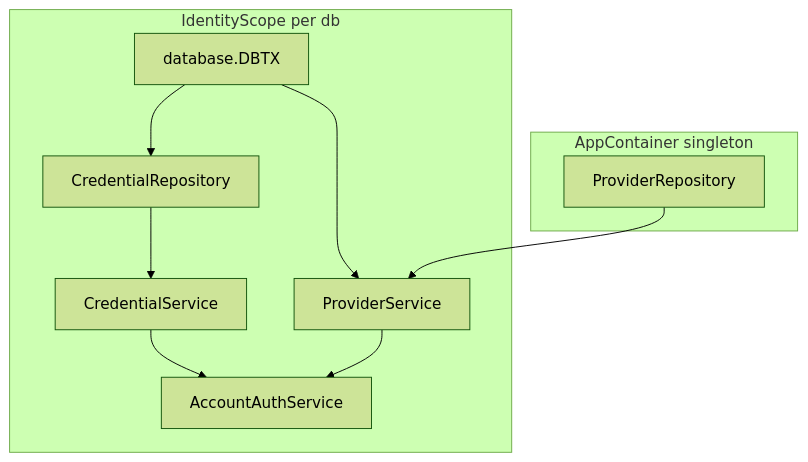
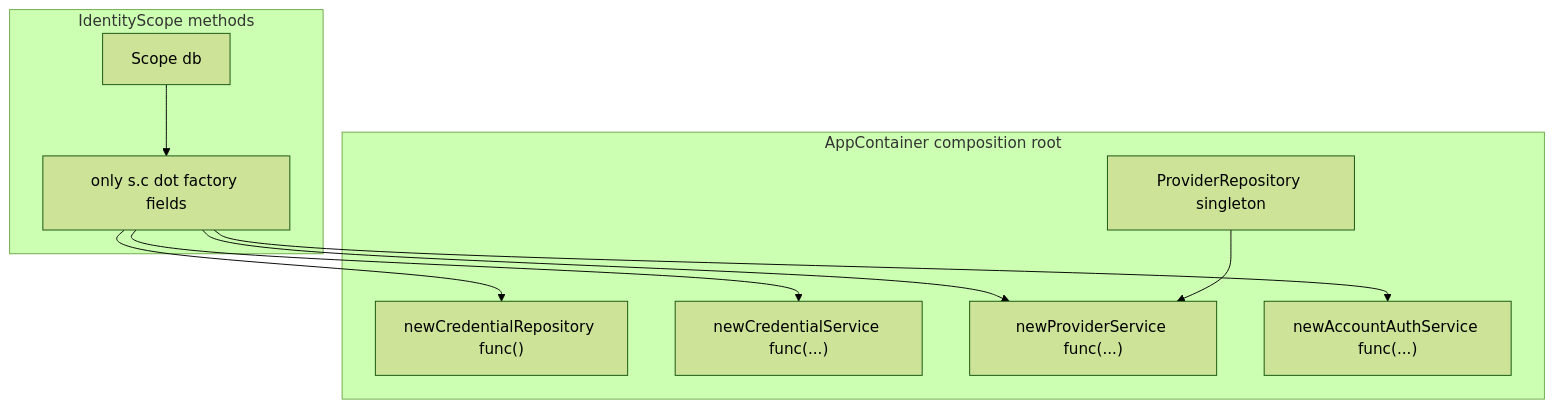
One commit to Koubae/game-hangar changed the diagram in .cursor/plans/go_di_fastapi-style_ffb2e255.plan.md. Above: the diagram before and after it, drawn with Mermaid (forest theme). The commit also changed other lines of this file and 2 other files, not shown here.

````diff
--- a/.cursor/plans/go_di_fastapi-style_ffb2e255.plan.md
+++ b/.cursor/plans/go_di_fastapi-style_ffb2e255.plan.md
@@ -35,19 +36,19 @@
 ```mermaid
 flowchart TB
-  subgraph singleton [AppContainer singleton]
-    PR[ProviderRepository]
+  subgraph container [AppContainer composition root]
+    newCredRepo["newCredentialRepository func()"]
+    newCredSvc["newCredentialService func(...)"]
+    newProvSvc["newProviderService func(...)"]
+    newAcctSvc["newAccountAuthService func(...)"]
+    PR[ProviderRepository singleton]
   end
-  subgraph perCall [IdentityScope per db]
-    DBTX[database.DBTX]
-    CR[CredentialRepository]
-    CS[CredentialService]
-    PS[ProviderService]
-    AS[AccountAuthService]
-    DBTX --> CR
-    DBTX --> PS
-    CR --> CS
-    CS --> AS
-    PS --> AS
-    PR --> PS
+  subgraph scope [IdentityScope methods]
+    S[Scope db]
+    S --> callFields[only s.c dot factory fields]
   end
+  callFields --> newCredRepo
+  callFields --> newCredSvc
+  callFields --> newProvSvc
+  callFields --> newAcctSvc
+  PR --> newProvSvc
 ```
````
